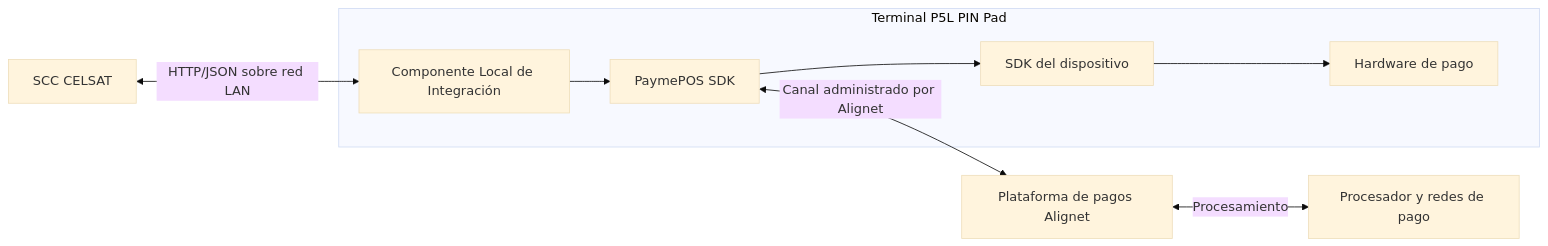
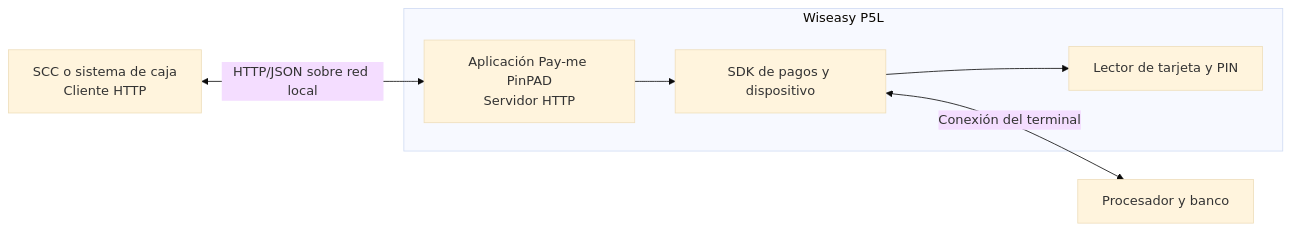
One commit to alignet-docs/alignet-developers changed the diagram in procesamiento-fisico/alignet-transit/arquitectura-y-trazabilidad.mdx. Above: the diagram before and after it, drawn with Mermaid (base theme). The commit also changed other lines of this file and 15 other files, not shown here.

Commit message:
docs(transit): actualiza integración Pay-me PinPAD

````diff
--- a/procesamiento-fisico/alignet-transit/arquitectura-y-trazabilidad.mdx
+++ b/procesamiento-fisico/alignet-transit/arquitectura-y-trazabilidad.mdx
@@ -9,22 +9,17 @@
 ```mermaid
 flowchart LR
-    SCC[SCC CELSAT]
+    SCC[SCC o sistema de caja<br/>Cliente HTTP]
 
-    subgraph P5L[Terminal P5L PIN Pad]
-        LOCAL[Componente Local de Integración]
-        PAYME[PaymePOS SDK]
-        DEVICE[SDK del dispositivo]
-        HARDWARE[Hardware de pago]
-
-        LOCAL --> PAYME
-        PAYME --> DEVICE
-        DEVICE --> HARDWARE
+    subgraph P5L[Wiseasy P5L]
+        PINPAD[Aplicación Pay-me PinPAD<br/>Servidor HTTP]
+        SDK[SDK de pagos y dispositivo]
+        READER[Lector de tarjeta y PIN]
+        PINPAD --> SDK
+        SDK --> READER
     end
 
-    PLATFORM[Plataforma de pagos Alignet]
-    PROCESSOR[Procesador y redes de pago]
+    PLATFORM[Procesador y banco]
 
-    SCC <-->|HTTP/JSON sobre red LAN| LOCAL
-    PAYME <-->|Canal administrado por Alignet| PLATFORM
-    PLATFORM <-->|Procesamiento| PROCESSOR
+    SCC <-->|HTTP/JSON sobre red local| PINPAD
+    SDK <-->|Conexión del terminal| PLATFORM
 ```
````
